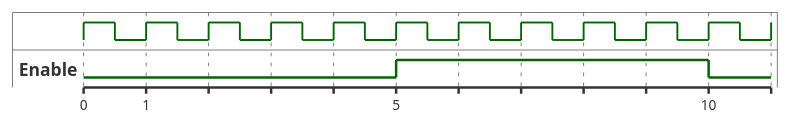
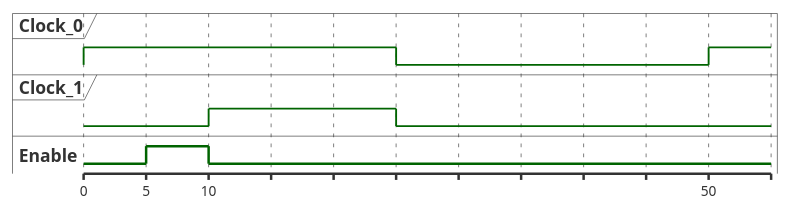
The second of 13 diagrams in plugins/plantuml/skills/timing-diagram/SKILL.md (studykit/studykit-marketplace), drawn with PlantUML before and after one commit. The commit also changed other lines of this file and 9 other files, not shown here.

First line of the commit message:
refactor: trim PlantUML skill SKILL.md files and extract advanced references

````diff
--- a/plugins/plantuml/skills/timing-diagram/SKILL.md
+++ b/plugins/plantuml/skills/timing-diagram/SKILL.md
@@ -68,15 +42,16 @@
 ```plantuml
 @startuml
-clock clk with period 1
+clock "Clock_0" as C0 with period 50
+clock "Clock_1" as C1 with period 50 pulse 15 offset 10
 binary "Enable" as EN
 
 @0
 EN is low
 
 @5
 EN is high
 
 @10
 EN is low
 @enduml
 ```
````
